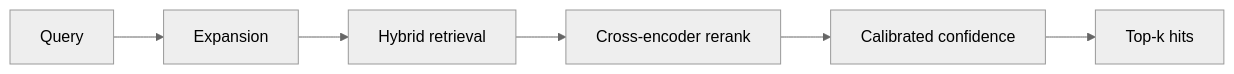
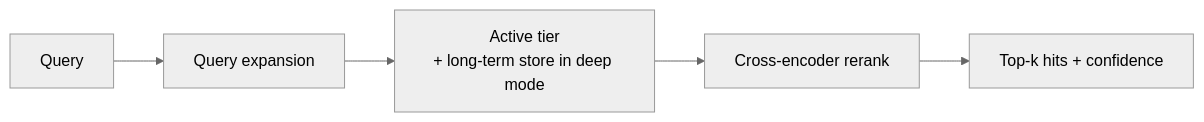
One commit to metacoglabs/docs changed the second of 2 diagrams in concepts/memory-model.mdx. Above: the diagram before and after it, drawn with Mermaid (neutral theme). The commit also changed other lines of this file and 44 other files, not shown here.

````diff
--- a/concepts/memory-model.mdx
+++ b/concepts/memory-model.mdx
@@ -37,8 +87,7 @@
 ```mermaid
 flowchart LR
-    Q[Query] --> X[Expansion]
-    X --> H[Hybrid retrieval]
+    Q[Query] --> X[Query expansion]
+    X --> H[Active tier<br/>+ long-term store in deep mode]
     H --> R[Cross-encoder rerank]
-    R --> C[Calibrated confidence]
-    C --> O[Top-k hits]
+    R --> O[Top-k hits + confidence]
 ```
````
